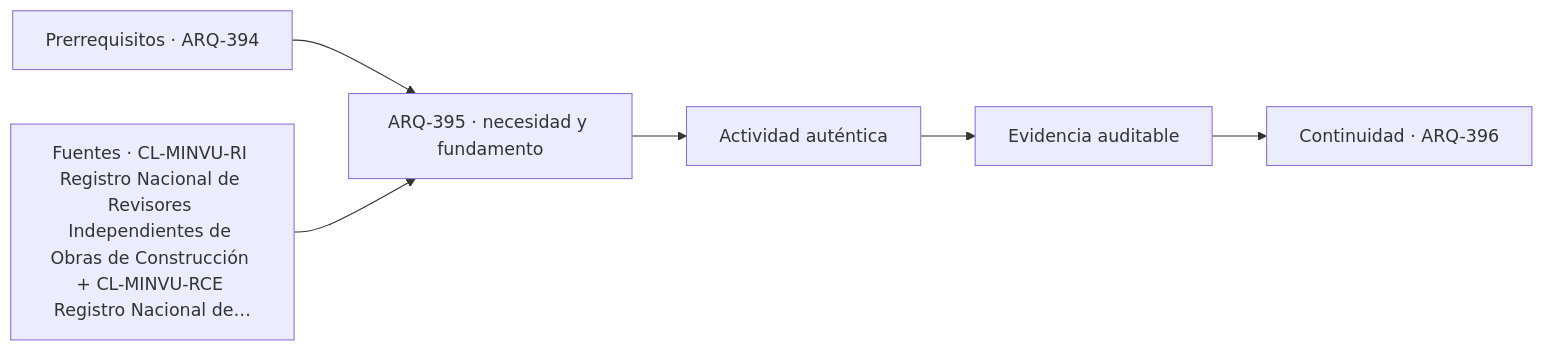
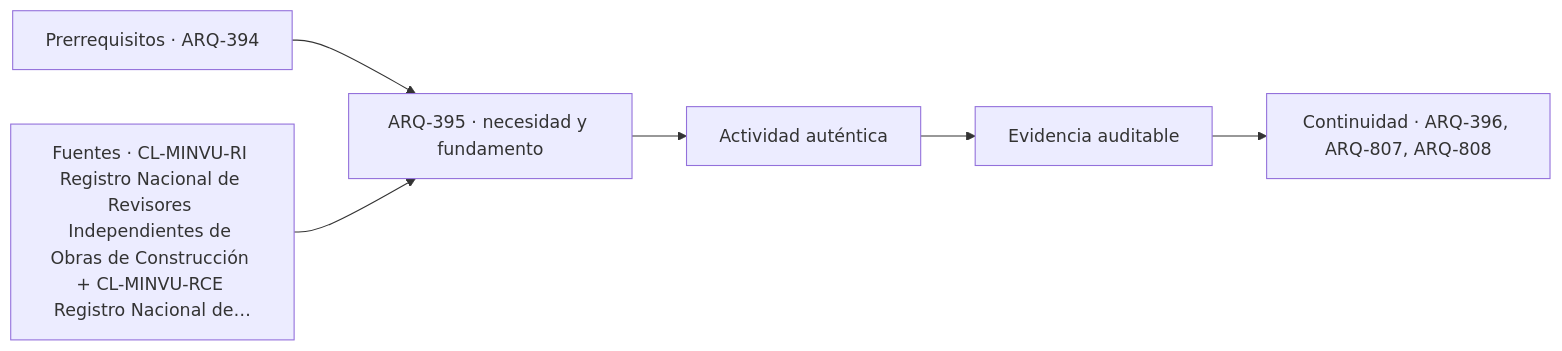
The diagram in classes/parte-40/ARQ-395.md (vladimiracunadev-create/architecture-built-environment-learning-program), drawn with Mermaid before and after one commit. The commit also changed other lines of this file and 234 other files, not shown here.

````diff
--- a/classes/parte-40/ARQ-395.md
+++ b/classes/parte-40/ARQ-395.md
@@ -103,8 +103,8 @@
 ```mermaid
 flowchart LR
     A["Prerrequisitos · ARQ-394"] --> B["ARQ-395 · necesidad y fundamento"]
     S["Fuentes · CL-MINVU-RI Registro Nacional de Revisores Independientes de Obras de Construcción + CL-MINVU-RCE Registro Nacional de…"] --> B
     B --> C["Actividad auténtica"]
     C --> D["Evidencia auditable"]
-    D --> E["Continuidad · ARQ-396"]
+    D --> E["Continuidad · ARQ-396, ARQ-807, ARQ-808"]
 ```
````
